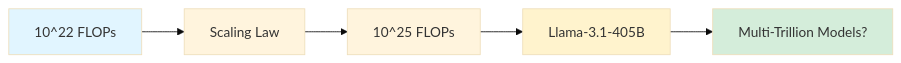
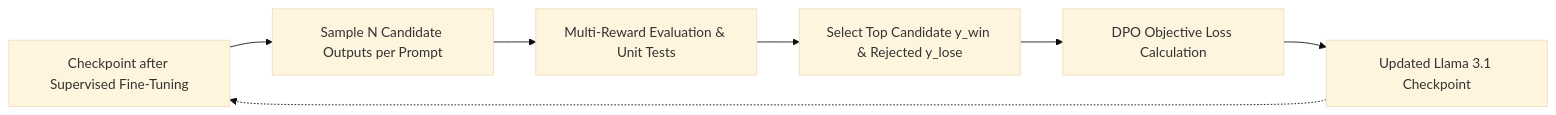
One commit to akillness/akillness.github.io changed the second of 2 diagrams in _posts/2024/07/2024-07-29-introducing-llama-3-1.md. Above: the diagram before and after it, drawn with Mermaid (base theme). The commit also changed other lines of this file and 1 other file, not shown here.

Commit message:
archive(dev): rebuild introducing-llama-3-1 from 2024-07 note

````diff
--- a/_posts/2024/07/2024-07-29-introducing-llama-3-1.md
+++ b/_posts/2024/07/2024-07-29-introducing-llama-3-1.md
@@ -211,11 +108,9 @@
 ```mermaid
-graph LR
-    A[10^22 FLOPs] --> B[Scaling Law]
-    B --> C[10^25 FLOPs]
-    C --> D[Llama-3.1-405B]
-    D --> E[Multi-Trillion Models?]
-    
-    style A fill:#e1f5ff
-    style D fill:#fff3cd
-    style E fill:#d4edda
+flowchart LR
+    SFT_Model[Checkpoint after Supervised Fine-Tuning] --> Generate[Sample N Candidate Outputs per Prompt]
+    Generate --> RewardScorer[Multi-Reward Evaluation & Unit Tests]
+    RewardScorer --> Filter[Select Top Candidate y_win & Rejected y_lose]
+    Filter --> DPO_Update[DPO Objective Loss Calculation]
+    DPO_Update --> RefinedModel[Updated Llama 3.1 Checkpoint]
+    RefinedModel -.-> SFT_Model
 ```
````
